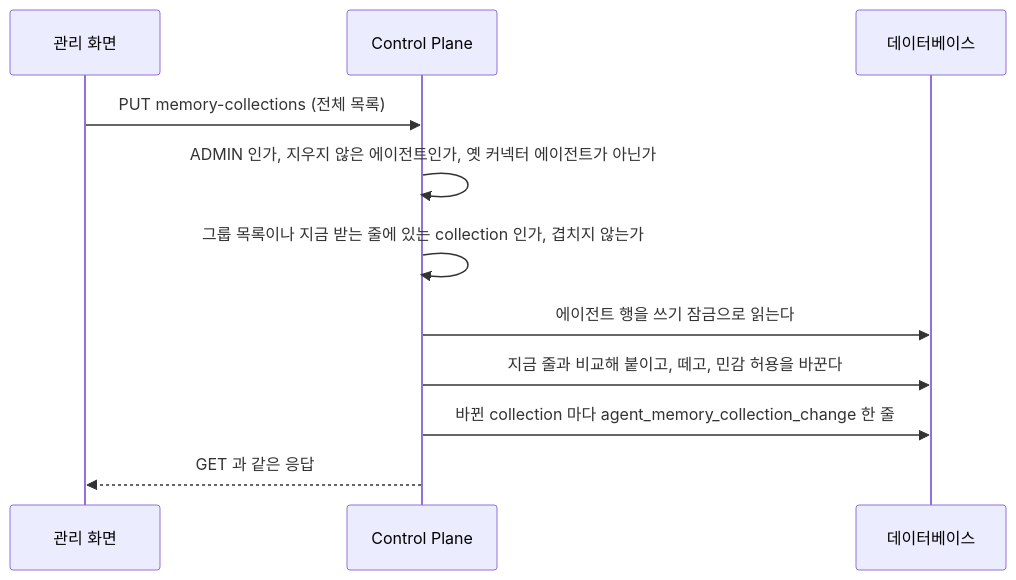
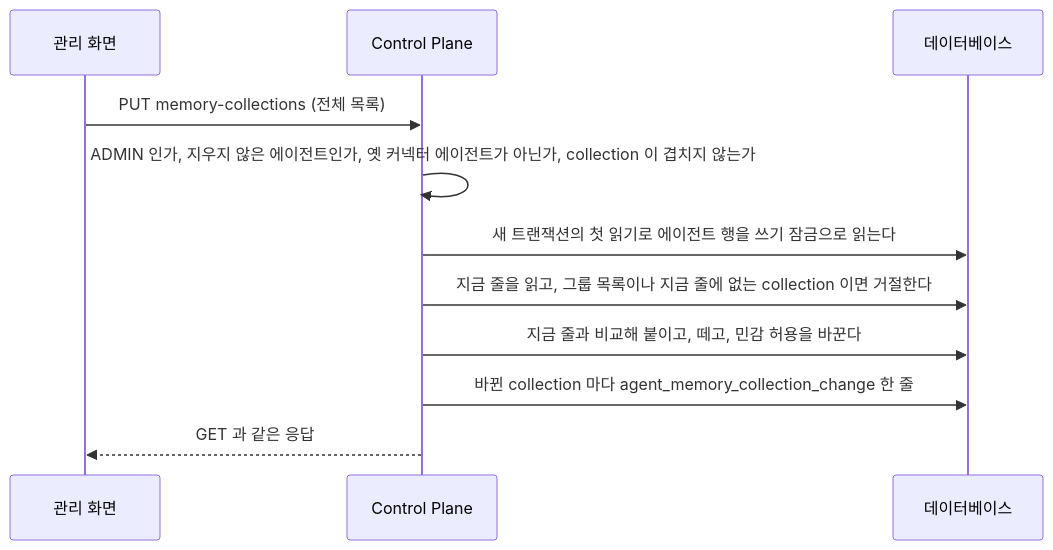
One commit to jon890/fos-assistant changed the first of 4 diagrams in docs/backend/memory.md. Above: the diagram before and after it, drawn with Mermaid. The commit also changed other lines of this file and 3 other files, not shown here.

````diff
--- a/docs/backend/memory.md
+++ b/docs/backend/memory.md
@@ -135,13 +135,13 @@
 ```mermaid
 sequenceDiagram
     participant W as 관리 화면
     participant C as Control Plane
     participant D as 데이터베이스
     W->>C: PUT memory-collections (전체 목록)
-    C->>C: ADMIN 인가, 지우지 않은 에이전트인가, 옛 커넥터 에이전트가 아닌가
-    C->>C: 그룹 목록이나 지금 받는 줄에 있는 collection 인가, 겹치지 않는가
-    C->>D: 에이전트 행을 쓰기 잠금으로 읽는다
+    C->>C: ADMIN 인가, 지우지 않은 에이전트인가, 옛 커넥터 에이전트가 아닌가, collection 이 겹치지 않는가
+    C->>D: 새 트랜잭션의 첫 읽기로 에이전트 행을 쓰기 잠금으로 읽는다
+    C->>D: 지금 줄을 읽고, 그룹 목록이나 지금 줄에 없는 collection 이면 거절한다
     C->>D: 지금 줄과 비교해 붙이고, 떼고, 민감 허용을 바꾼다
     C->>D: 바뀐 collection 마다 agent_memory_collection_change 한 줄
     C-->>W: GET 과 같은 응답
 ```
````
